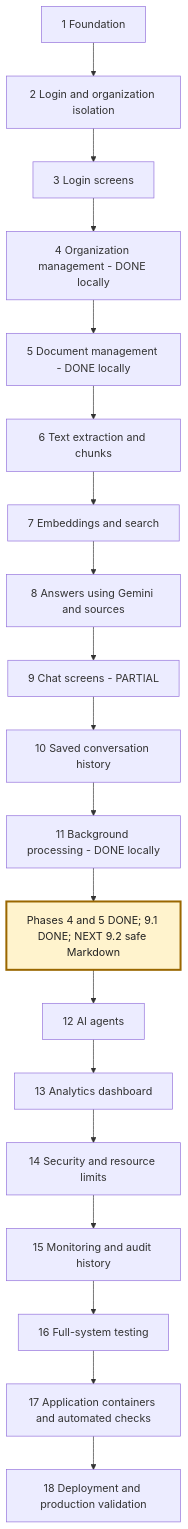
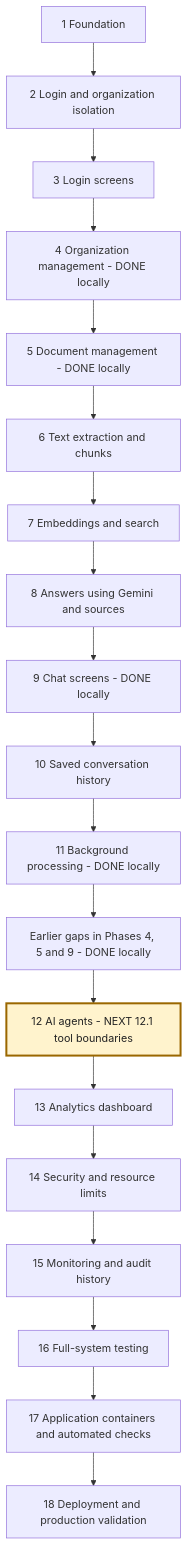
One commit to msdian0007/nexaAi changed the second of 3 diagrams in NEXAAI_ROADMAP.md. Above: the diagram before and after it, drawn with Mermaid. The commit also changed other lines of this file and 7 other files, not shown here.

Commit message:
readable answers with safe Markdown

````diff
--- a/NEXAAI_ROADMAP.md
+++ b/NEXAAI_ROADMAP.md
@@ -188,22 +189,22 @@
 ```mermaid
 flowchart TD
     A[1 Foundation] --> B[2 Login and organization isolation]
     B --> C[3 Login screens]
     C --> D[4 Organization management - DONE locally]
     D --> E[5 Document management - DONE locally]
     E --> F[6 Text extraction and chunks]
     F --> G[7 Embeddings and search]
     G --> H[8 Answers using Gemini and sources]
-    H --> I[9 Chat screens - PARTIAL]
+    H --> I[9 Chat screens - DONE locally]
     I --> J[10 Saved conversation history]
     J --> K[11 Background processing - DONE locally]
-    K --> L[Phases 4 and 5 DONE; 9.1 DONE; NEXT 9.2 safe Markdown]
-    L --> M[12 AI agents]
+    K --> L[Earlier gaps in Phases 4, 5 and 9 - DONE locally]
+    L --> M[12 AI agents - NEXT 12.1 tool boundaries]
     M --> N[13 Analytics dashboard]
     N --> O[14 Security and resource limits]
     O --> P[15 Monitoring and audit history]
     P --> Q[16 Full-system testing]
     Q --> R[17 Application containers and automated checks]
     R --> S[18 Deployment and production validation]
-    style L fill:#fff3cd,stroke:#9a6700,stroke-width:3px,color:#222
+    style M fill:#fff3cd,stroke:#9a6700,stroke-width:3px,color:#222
 ```
````
